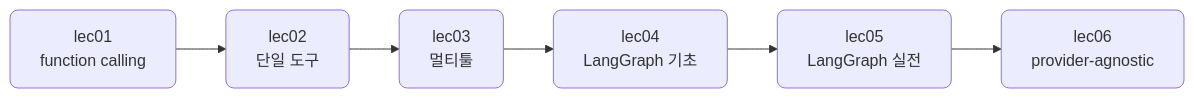
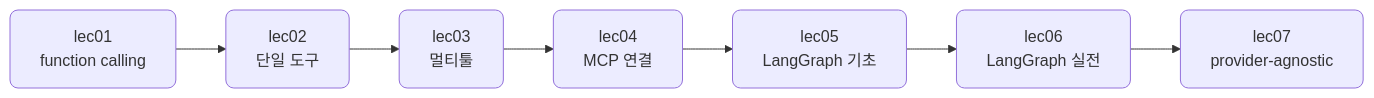
The second of 2 diagrams in docs/section3/README.md (CodeCompose7/ai_service_engineering), drawn with Mermaid before and after one commit. The commit also changed other lines of this file and 12 other files, not shown here.

First line of the commit message:
S3: MCP 단위를 lec04로 신설, 시간 재배분(총합 480 유지)

````diff
--- a/docs/section3/README.md
+++ b/docs/section3/README.md
@@ -44,5 +45,5 @@
 ```mermaid
 flowchart LR
-  L1["lec01<br/>function calling"] --> L2["lec02<br/>단일 도구"] --> L3["lec03<br/>멀티툴"] --> L4["lec04<br/>LangGraph 기초"] --> L5["lec05<br/>LangGraph 실전"] --> L6["lec06<br/>provider-agnostic"]
+  L1["lec01<br/>function calling"] --> L2["lec02<br/>단일 도구"] --> L3["lec03<br/>멀티툴"] --> L4["lec04<br/>MCP 연결"] --> L5["lec05<br/>LangGraph 기초"] --> L6["lec06<br/>LangGraph 실전"] --> L7["lec07<br/>provider-agnostic"]
   classDef default rx:8,ry:8;
 ```
````
